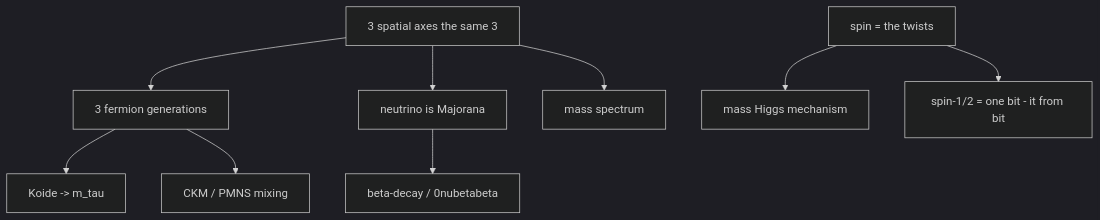
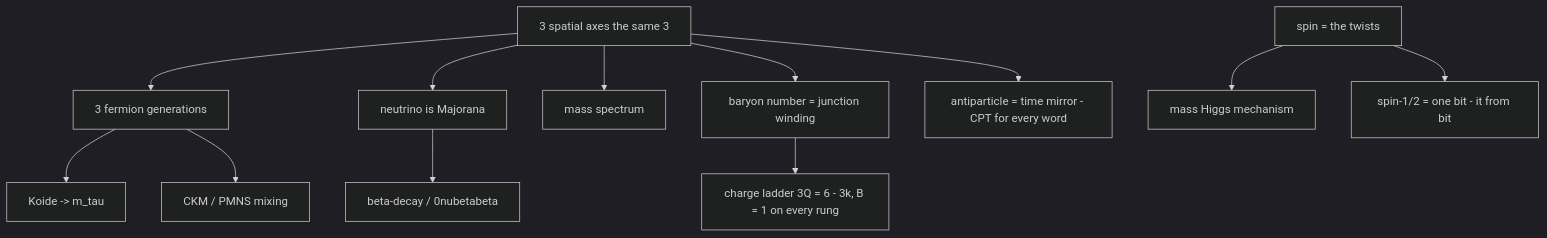
One commit to rchain-community/quantum-logical-framework changed the eighth of 13 diagrams in tools/flowchart_source.md. Above: the diagram before and after it, drawn with Mermaid (dark theme). The commit also changed other lines of this file and 4 other files, not shown here.

First line of the commit message:
FlowChart: the 2026 discoveries, placed in their domains

````diff
--- a/tools/flowchart_source.md
+++ b/tools/flowchart_source.md
@@ -236,12 +243,15 @@
 ```mermaid
 flowchart TD
   TH["3 spatial axes the same 3"]
   TH --> GEN["3 fermion generations"]
   GEN --> KO["Koide -> m_tau"]
   GEN --> MX["CKM / PMNS mixing"]
   TH --> NU["neutrino is Majorana"]
   NU --> BD["beta-decay / 0nubetabeta"]
   TH --> MS["mass spectrum"]
   SP["spin = the twists"] --> HG["mass Higgs mechanism"]
   SP --> BIT["spin-1/2 = one bit - it from bit"]
+  TH --> BJ["baryon number = junction winding"]
+  BJ --> DC["charge ladder 3Q = 6 - 3k, B = 1 on every rung"]
+  TH --> CPT["antiparticle = time mirror - CPT for every word"]
 ```
````
